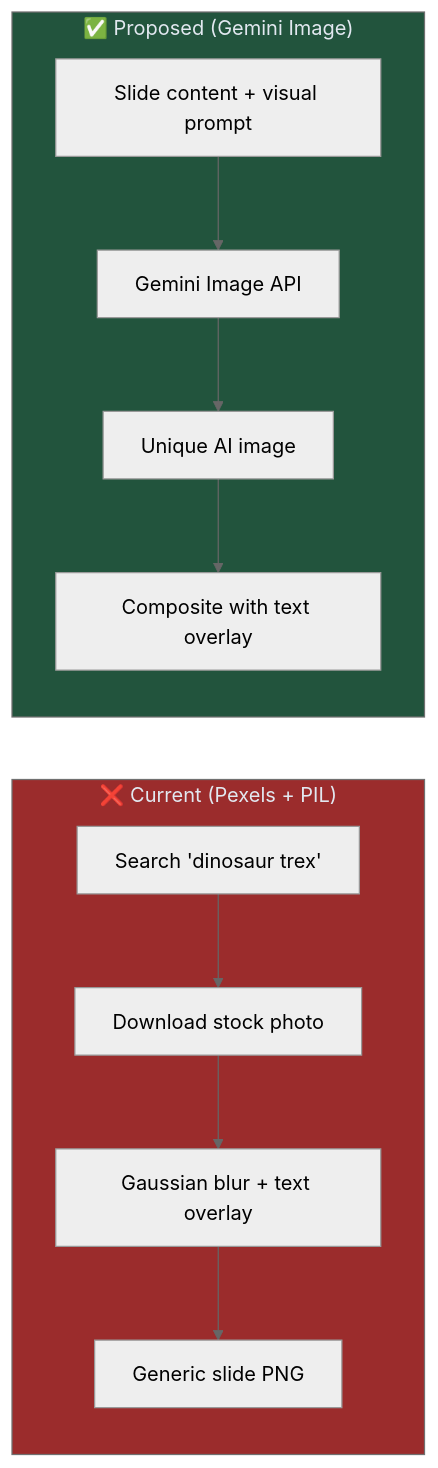
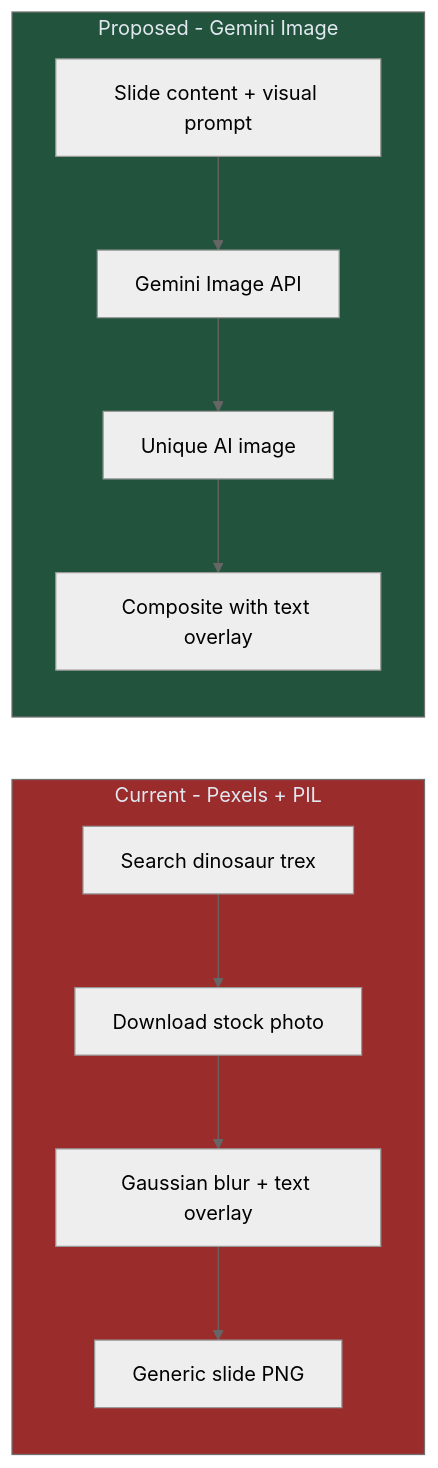
One commit to AbhinandanPun/dinopedia changed the first of 2 diagrams in specs/spec-02-visuals-gemini.md. Above: the diagram before and after it, drawn with Mermaid (neutral theme). The commit also changed other lines of this file and 5 other files, not shown here.

````diff
--- a/specs/spec-02-visuals-gemini.md
+++ b/specs/spec-02-visuals-gemini.md
@@ -37,17 +37,17 @@
 ```mermaid
 flowchart LR
-    subgraph Current["❌ Current (Pexels + PIL)"]
-        A1["Search 'dinosaur trex'"] --> B1["Download stock photo"]
+    subgraph Current["Current - Pexels + PIL"]
+        A1["Search dinosaur trex"] --> B1["Download stock photo"]
         B1 --> C1["Gaussian blur + text overlay"]
         C1 --> D1["Generic slide PNG"]
     end
 
-    subgraph Proposed["✅ Proposed (Gemini Image)"]
+    subgraph Proposed["Proposed - Gemini Image"]
         A2["Slide content + visual prompt"] --> B2["Gemini Image API"]
         B2 --> C2["Unique AI image"]
         C2 --> D2["Composite with text overlay"]
     end
 
     style Current fill:#9b2c2c,color:#e2e8f0
     style Proposed fill:#22543d,color:#e2e8f0
 ```
````
